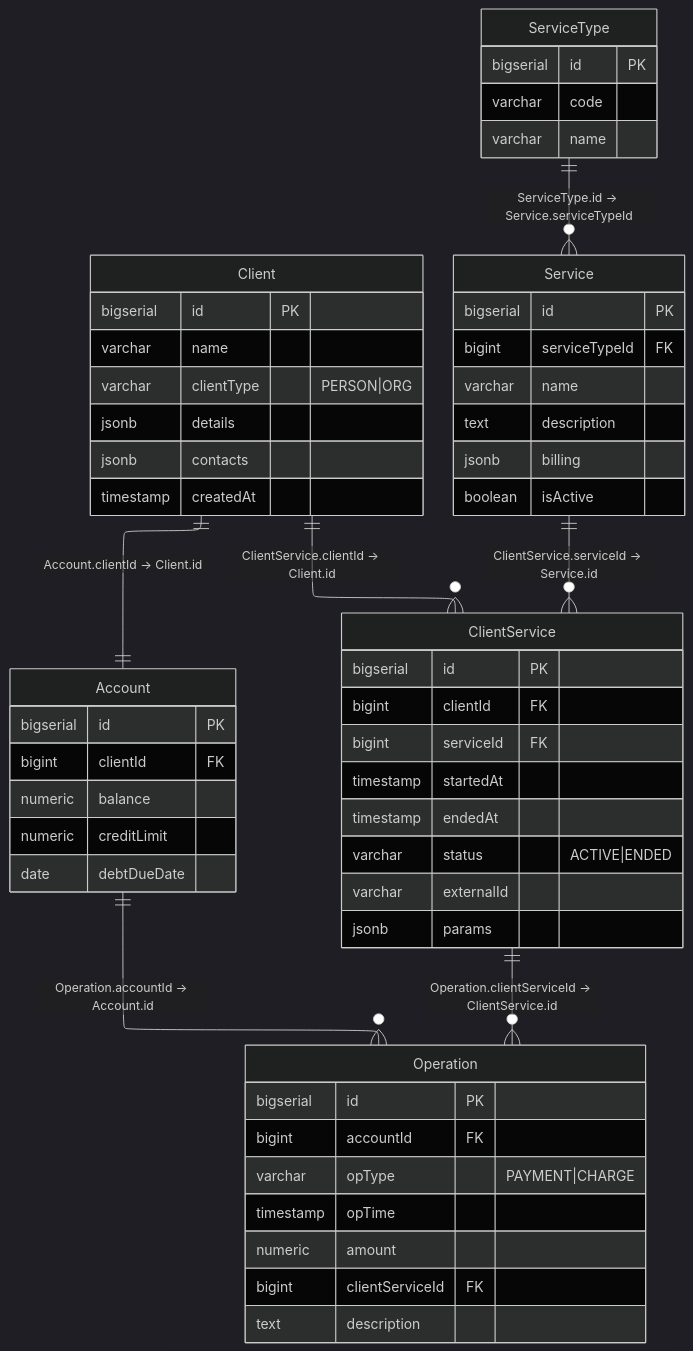
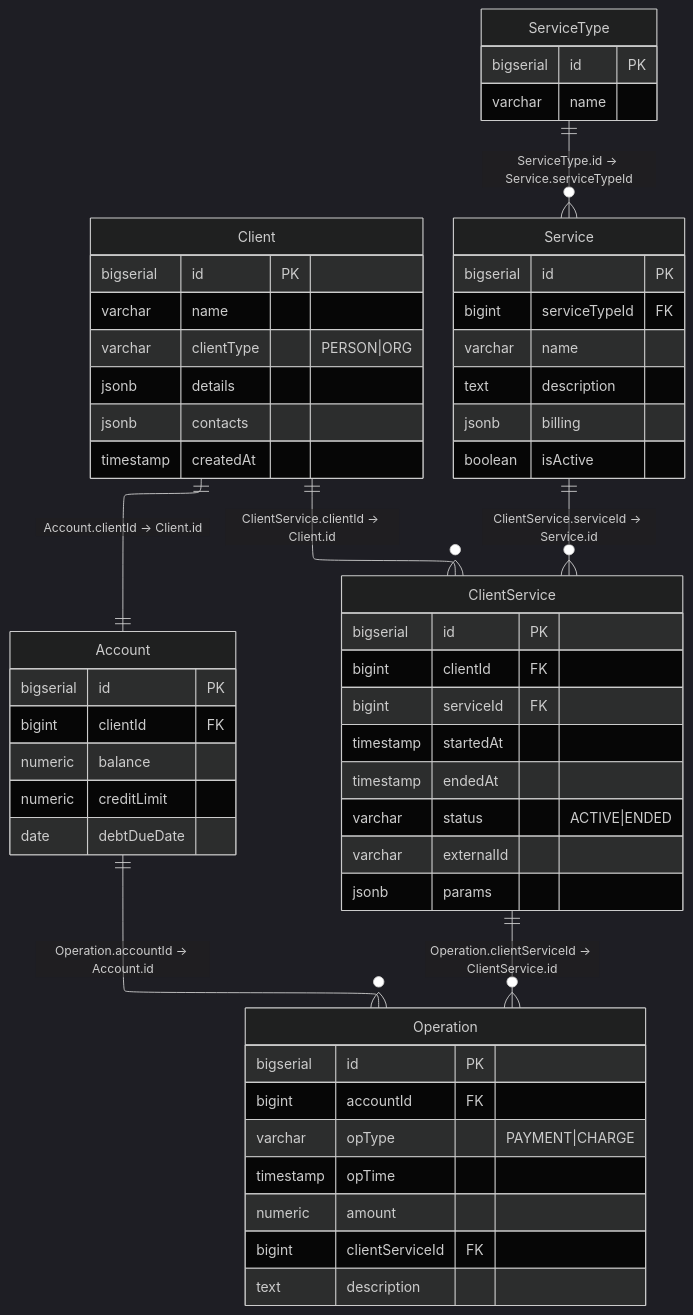
The second of 2 diagrams in README.md (XKusya/webprak), drawn with Mermaid before and after one commit. The commit also changed other lines of this file and 1 other file, not shown here.

Commit message:
update readme and compose file

````diff
--- a/README.md
+++ b/README.md
@@ -171,67 +171,66 @@
 ```mermaid
 ---
 config: 
     theme: dark
     layout: elk
 ---
 erDiagram
     Client {
         bigserial id PK
         varchar name
         varchar clientType "PERSON|ORG"
         jsonb details
         jsonb contacts
         timestamp createdAt
     }
 
     Account {
         bigserial id PK
         bigint clientId FK
         numeric balance
         numeric creditLimit
         date debtDueDate
     }
 
     ServiceType {
         bigserial id PK
-        varchar code
         varchar name
     }
 
     Service {
         bigserial id PK
         bigint serviceTypeId FK
         varchar name
         text description
         jsonb billing
         boolean isActive
     }
 
     ClientService {
         bigserial id PK
         bigint clientId FK
         bigint serviceId FK
         timestamp startedAt
         timestamp endedAt
         varchar status "ACTIVE|ENDED"
         varchar externalId
         jsonb params
     }
 
     Operation {
         bigserial id PK
         bigint accountId FK
         varchar opType "PAYMENT|CHARGE"
         timestamp opTime
         numeric amount
         bigint clientServiceId FK
         text description
     }
         
     Client ||--|| Account : "Account.clientId -> Client.id"
     ServiceType ||--o{ Service : "ServiceType.id -> Service.serviceTypeId"
     Client ||--o{ ClientService : "ClientService.clientId -> Client.id"
     Service ||--o{ ClientService : "ClientService.serviceId -> Service.id"
     Account ||--o{ Operation : "Operation.accountId -> Account.id"
     ClientService ||--o{ Operation : "Operation.clientServiceId -> ClientService.id"
 ```
````
